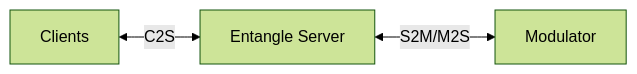
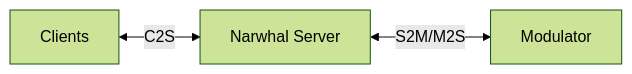
One commit to zyn-org/zyn changed the diagram in README.md. Above: the diagram before and after it, drawn with Mermaid (forest theme). The commit also changed other lines of this file and 63 other files, not shown here.

````diff
--- a/README.md
+++ b/README.md
@@ -87,5 +87,5 @@
 ```mermaid
 graph LR
-    Clients["Clients"] <-->|C2S| Server["Entangle Server"]
+    Clients["Clients"] <-->|C2S| Server["Narwhal Server"]
     Server <-->|S2M/M2S| Modulator["Modulator"]
 ```
````
